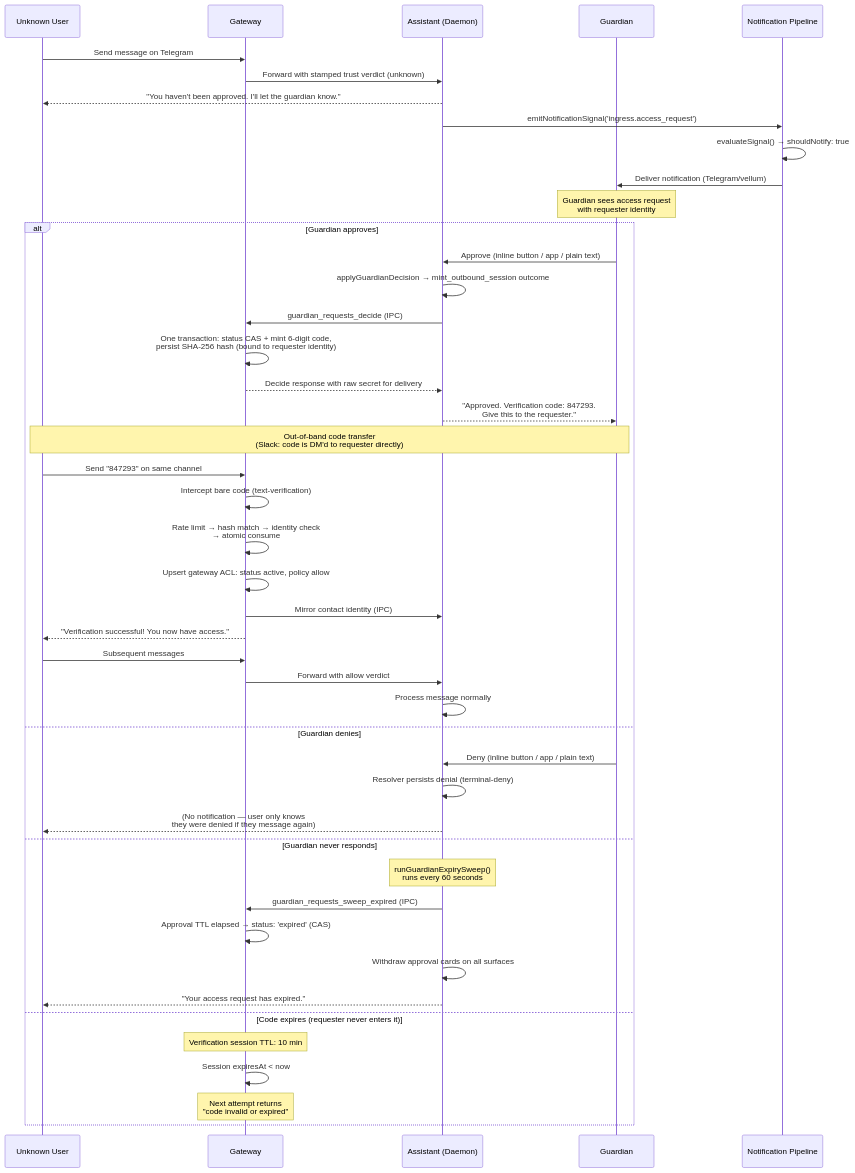
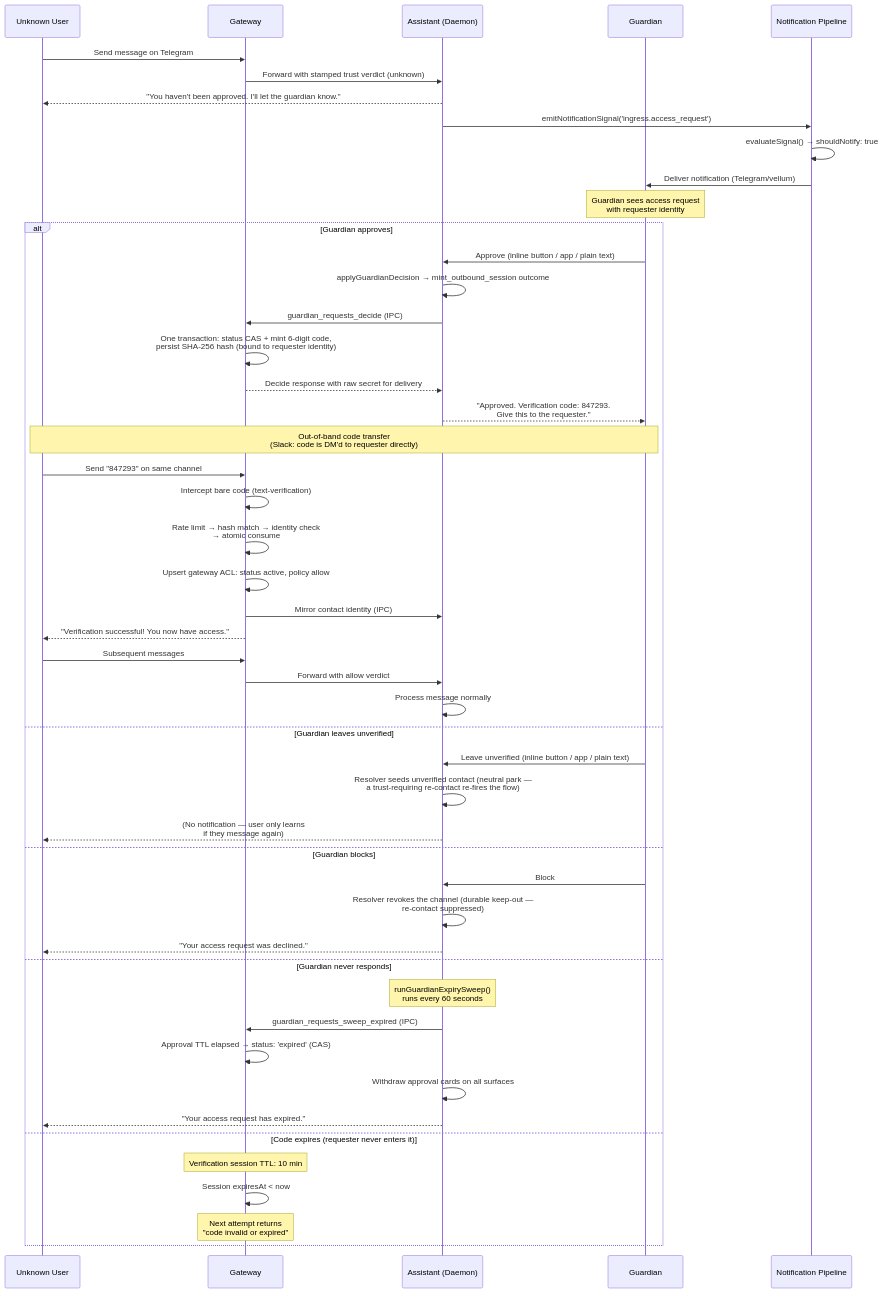
One commit to vellum-ai/vellum-assistant changed the diagram in assistant/docs/trusted-contact-access.md. Above: the diagram before and after it, drawn with Mermaid. The commit also changed other lines of this file and 23 other files, not shown here.

First line of the commit message:
fix(access-request): routing, denial copy, card iconography, and leave_unverified re-fire (LUM-2815) (#38960)

````diff
--- a/assistant/docs/trusted-contact-access.md
+++ b/assistant/docs/trusted-contact-access.md
@@ -155,57 +162,62 @@
 ```mermaid
 sequenceDiagram
     participant U as Unknown User
     participant GW as Gateway
     participant A as Assistant (Daemon)
     participant G as Guardian
     participant N as Notification Pipeline
 
     U->>GW: Send message on Telegram
     GW->>A: Forward with stamped trust verdict (unknown)
     A-->>U: "You haven't been approved. I'll let the guardian know."
 
     A->>N: emitNotificationSignal('ingress.access_request')
     N->>N: evaluateSignal() → shouldNotify: true
     N->>G: Deliver notification (Telegram/vellum)
 
     Note over G: Guardian sees access request<br/>with requester identity
 
     alt Guardian approves
         G->>A: Approve (inline button / app / plain text)
         A->>A: applyGuardianDecision → mint_outbound_session outcome
         A->>GW: guardian_requests_decide (IPC)
         GW->>GW: One transaction: status CAS + mint 6-digit code,<br/>persist SHA-256 hash (bound to requester identity)
         GW-->>A: Decide response with raw secret for delivery
         A-->>G: "Approved. Verification code: 847293.<br/>Give this to the requester."
 
         Note over G,U: Out-of-band code transfer<br/>(Slack: code is DM'd to requester directly)
 
         U->>GW: Send "847293" on same channel
         GW->>GW: Intercept bare code (text-verification)
         GW->>GW: Rate limit → hash match → identity check<br/>→ atomic consume
         GW->>GW: Upsert gateway ACL: status active, policy allow
         GW->>A: Mirror contact identity (IPC)
         GW-->>U: "Verification successful! You now have access."
 
         U->>GW: Subsequent messages
         GW->>A: Forward with allow verdict
         A->>A: Process message normally
 
-    else Guardian denies
-        G->>A: Deny (inline button / app / plain text)
-        A->>A: Resolver persists denial (terminal-deny)
-        A-->>U: (No notification — user only knows<br/>they were denied if they message again)
+    else Guardian leaves unverified
+        G->>A: Leave unverified (inline button / app / plain text)
+        A->>A: Resolver seeds unverified contact (neutral park —<br/>a trust-requiring re-contact re-fires the flow)
+        A-->>U: (No notification — user only learns<br/>if they message again)
+
+    else Guardian blocks
+        G->>A: Block
+        A->>A: Resolver revokes the channel (durable keep-out —<br/>re-contact suppressed)
+        A-->>U: "Your access request was declined."
 
     else Guardian never responds
         Note over A: runGuardianExpirySweep()<br/>runs every 60 seconds
         A->>GW: guardian_requests_sweep_expired (IPC)
         GW->>GW: Approval TTL elapsed → status: 'expired' (CAS)
         A->>A: Withdraw approval cards on all surfaces
         A-->>U: "Your access request has expired."
 
     else Code expires (requester never enters it)
         Note over GW: Verification session TTL: 10 min
         GW->>GW: Session expiresAt < now
         Note over GW: Next attempt returns<br/>"code invalid or expired"
     end
 ```
````
